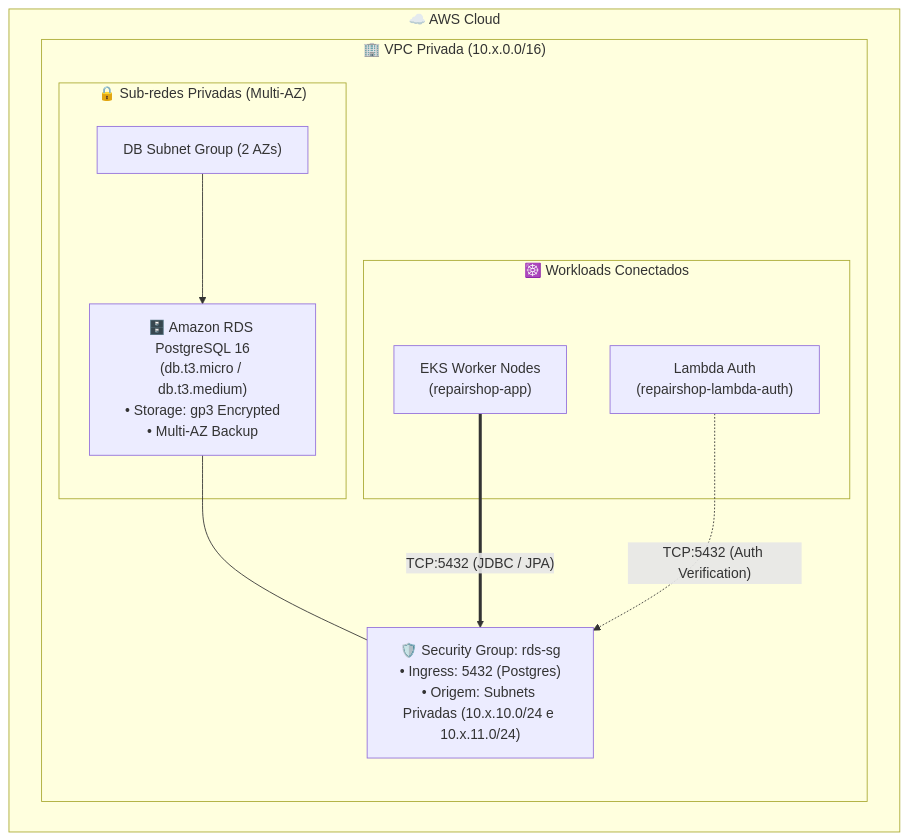
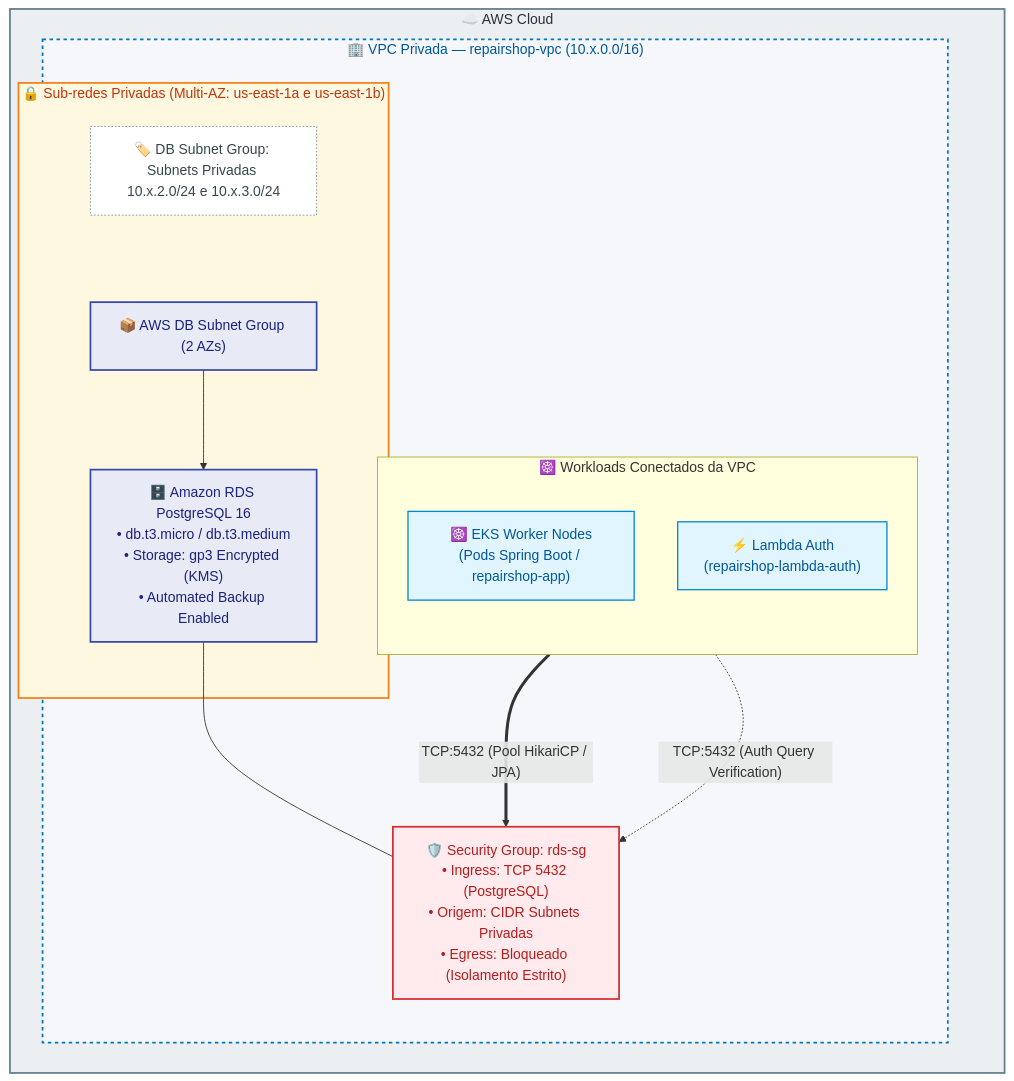
Before and after one commit to tech-challenge-fiap-repairshop/tech-challenge-repairshop-infra-db-rds: the second of 4 diagrams in README.md, drawn with Mermaid. The commit also changed other lines of this file, not shown here.

Commit message:
docs: standardize Mermaid diagrams with enhanced styling, spacing and Git Flow

````diff
--- a/README.md
+++ b/README.md
@@ -90,23 +90,39 @@
 ```mermaid
 flowchart TB
+    %% Definições de Estilo
+    classDef cloudStyle fill:#ECEFF1,stroke:#607D8B,stroke-width:2px,color:#263238
+    classDef vpcStyle fill:#F5F7FA,stroke:#0277BD,stroke-width:2px,color:#01579B,stroke-dasharray: 4 4
+    classDef privSubnetStyle fill:#FFF8E1,stroke:#F57F17,stroke-width:2px,color:#BF360C
+    classDef rdsStyle fill:#E8EAF6,stroke:#3949AB,stroke-width:2px,color:#1A237E
+    classDef sgStyle fill:#FFEBEE,stroke:#D32F2F,stroke-width:2px,color:#B71C1C
+    classDef workloadStyle fill:#E1F5FE,stroke:#0288D1,stroke-width:1.5px,color:#01579B
+    classDef tagStyle fill:#FFFFFF,stroke:#78909C,stroke-width:1px,stroke-dasharray: 2 2,color:#37474F
+
     subgraph AWS_Cloud["☁️ AWS Cloud"]
-        subgraph VPC["🏢 VPC Privada (10.x.0.0/16)"]
-            subgraph PrivateSubnets["🔒 Sub-redes Privadas (Multi-AZ)"]
-                DBSubnetGroup["DB Subnet Group (2 AZs)"]
-                RDSInstance["🗄️ Amazon RDS PostgreSQL 16\n(db.t3.micro / db.t3.medium)\n• Storage: gp3 Encrypted\n• Multi-AZ Backup"]
+        subgraph VPC["🏢 VPC Privada — repairshop-vpc (10.x.0.0/16)"]
+            subgraph PrivateSubnets["🔒 Sub-redes Privadas (Multi-AZ: us-east-1a e us-east-1b)"]
+                TagSubnet["🏷️ DB Subnet Group: Subnets Privadas 10.x.2.0/24 e 10.x.3.0/24"]:::tagStyle
+                
+                DBSubnetGroup["📦 AWS DB Subnet Group (2 AZs)"]:::rdsStyle
+                RDSInstance["🗄️ Amazon RDS PostgreSQL 16\n• db.t3.micro / db.t3.medium\n• Storage: gp3 Encrypted (KMS)\n• Automated Backup Enabled"]:::rdsStyle
+                TagSubnet ~~~ DBSubnetGroup
             end
 
-            SG_RDS["🛡️ Security Group: rds-sg\n• Ingress: 5432 (Postgres)\n• Origem: Subnets Privadas (10.x.10.0/24 e 10.x.11.0/24)"]
+            SG_RDS["🛡️ Security Group: rds-sg\n• Ingress: TCP 5432 (PostgreSQL)\n• Origem: CIDR Subnets Privadas\n• Egress: Bloqueado (Isolamento Estrito)"]:::sgStyle
             
-            subgraph Workloads["☸️ Workloads Conectados"]
-                EKSNodes["EKS Worker Nodes\n(repairshop-app)"]
-                LambdaAuth["Lambda Auth\n(repairshop-lambda-auth)"]
+            subgraph Workloads["☸️ Workloads Conectados da VPC"]
+                direction TB
+                EKSNodes["☸️ EKS Worker Nodes\n(Pods Spring Boot / repairshop-app)"]:::workloadStyle
+                LambdaAuth["⚡ Lambda Auth\n(repairshop-lambda-auth)"]:::workloadStyle
             end
         end
     end
+    class AWS_Cloud cloudStyle
+    class VPC vpcStyle
+    class PrivateSubnets privSubnetStyle
 
     DBSubnetGroup --> RDSInstance
     RDSInstance --- SG_RDS
-    EKSNodes ==>|"TCP:5432 (JDBC / JPA)"| SG_RDS
-    LambdaAuth -.->|"TCP:5432 (Auth Verification)"| SG_RDS
+    EKSNodes ==>|"TCP:5432 (Pool HikariCP / JPA)"| SG_RDS
+    LambdaAuth -.->|"TCP:5432 (Auth Query Verification)"| SG_RDS
 ```
````
